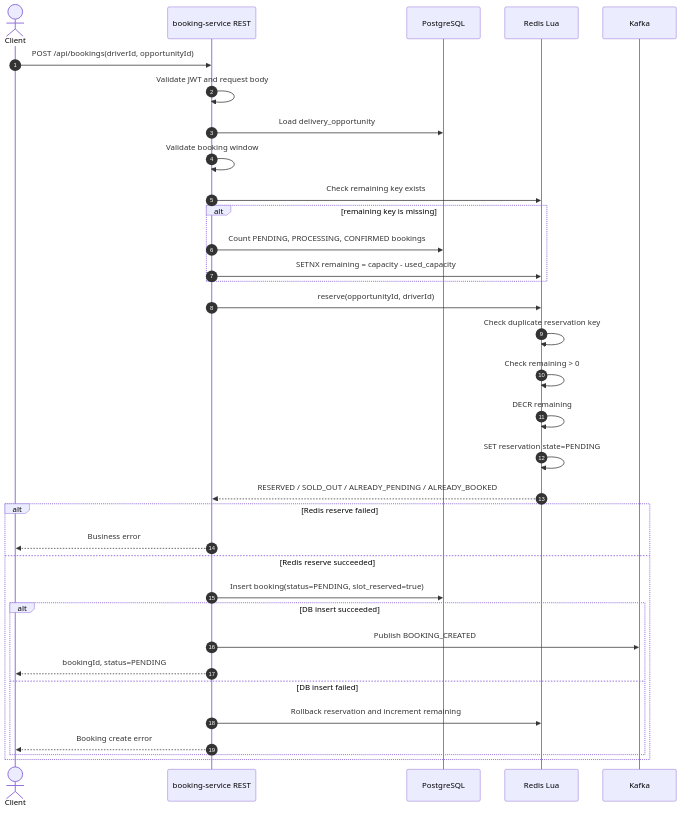
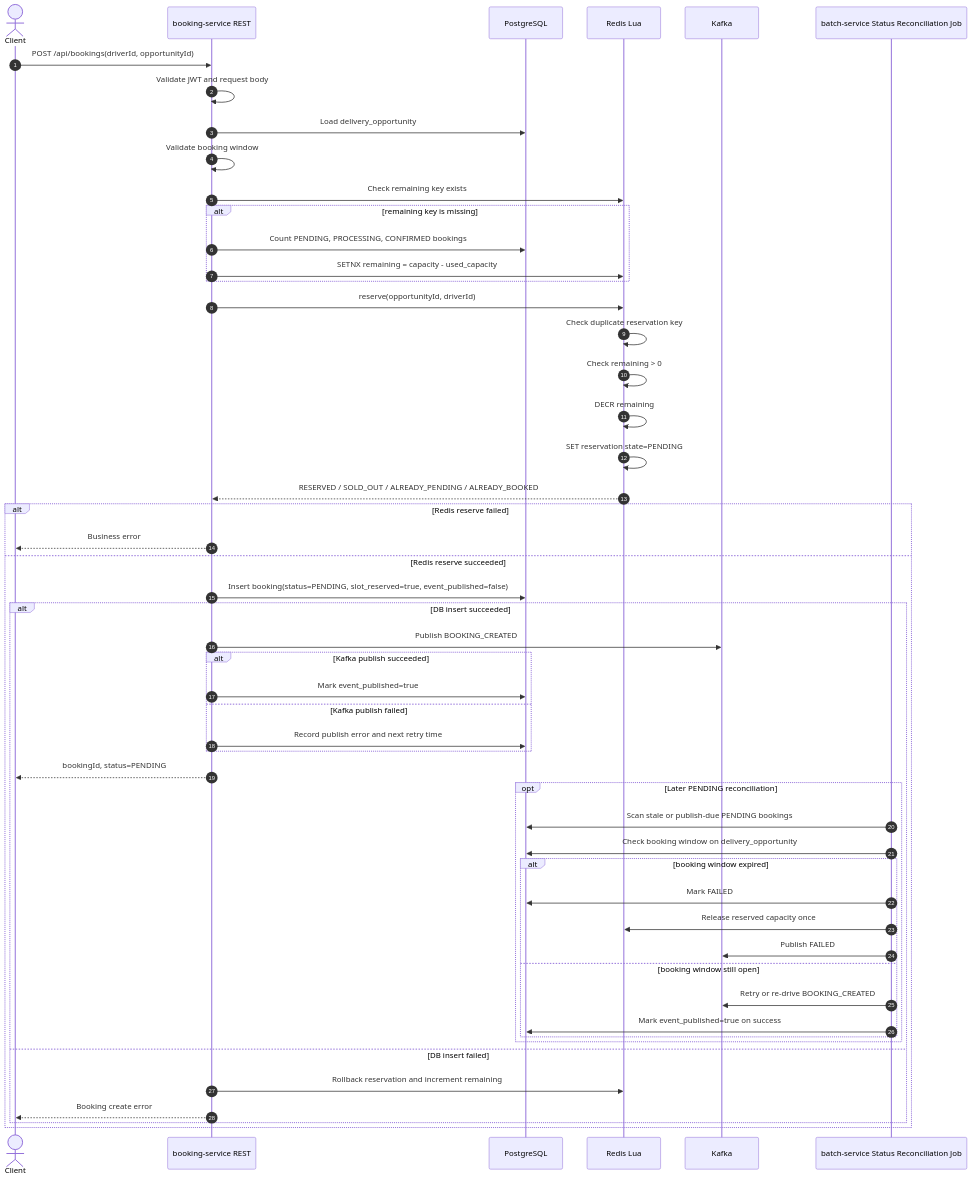
One commit to TienHa2504/delivery-booking-system changed the second of 5 diagrams in README.md. Above: the diagram before and after it, drawn with Mermaid. The commit also changed other lines of this file and 14 other files, not shown here.

````diff
--- a/README.md
+++ b/README.md
@@ -102,40 +106,58 @@
 ```mermaid
 sequenceDiagram
     autonumber
     actor Client
     participant API as booking-service REST
     participant DB as PostgreSQL
     participant Redis as Redis Lua
     participant Kafka as Kafka
+    participant StatusJob as batch-service Status Reconciliation Job
 
     Client->>API: POST /api/bookings(driverId, opportunityId)
     API->>API: Validate JWT and request body
     API->>DB: Load delivery_opportunity
     API->>API: Validate booking window
 
     API->>Redis: Check remaining key exists
     alt remaining key is missing
         API->>DB: Count PENDING, PROCESSING, CONFIRMED bookings
         API->>Redis: SETNX remaining = capacity - used_capacity
     end
 
     API->>Redis: reserve(opportunityId, driverId)
     Redis->>Redis: Check duplicate reservation key
     Redis->>Redis: Check remaining > 0
     Redis->>Redis: DECR remaining
     Redis->>Redis: SET reservation state=PENDING
     Redis-->>API: RESERVED / SOLD_OUT / ALREADY_PENDING / ALREADY_BOOKED
 
     alt Redis reserve failed
         API-->>Client: Business error
     else Redis reserve succeeded
-        API->>DB: Insert booking(status=PENDING, slot_reserved=true)
+        API->>DB: Insert booking(status=PENDING, slot_reserved=true, event_published=false)
         alt DB insert succeeded
             API->>Kafka: Publish BOOKING_CREATED
+            alt Kafka publish succeeded
+                API->>DB: Mark event_published=true
+            else Kafka publish failed
+                API->>DB: Record publish error and next retry time
+            end
             API-->>Client: bookingId, status=PENDING
+            opt Later PENDING reconciliation
+                StatusJob->>DB: Scan stale or publish-due PENDING bookings
+                StatusJob->>DB: Check booking window on delivery_opportunity
+                alt booking window expired
+                    StatusJob->>DB: Mark FAILED
+                    StatusJob->>Redis: Release reserved capacity once
+                    StatusJob->>Kafka: Publish FAILED
+                else booking window still open
+                    StatusJob->>Kafka: Retry or re-drive BOOKING_CREATED
+                    StatusJob->>DB: Mark event_published=true on success
+                end
+            end
         else DB insert failed
             API->>Redis: Rollback reservation and increment remaining
             API-->>Client: Booking create error
         end
     end
 ```
````
